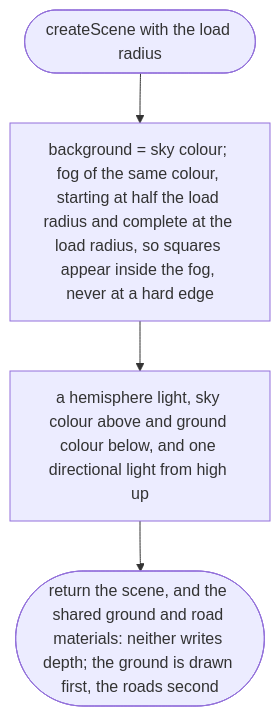
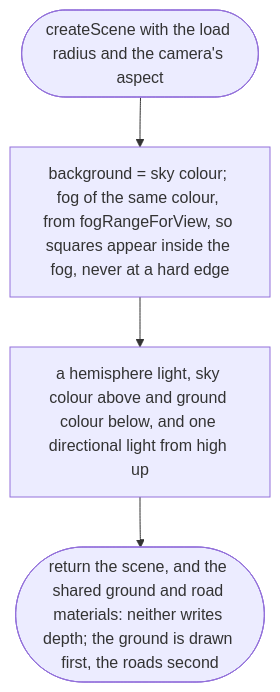
Before and after one commit to NewDara-Star/world-engine: the second of 8 diagrams in docs/designs/src/game/scene.md, drawn with Mermaid. The commit also changed other lines of this file and 41 other files, not shown here.

````diff
--- a/docs/designs/src/game/scene.md
+++ b/docs/designs/src/game/scene.md
@@ -38,8 +38,8 @@
 ```mermaid
 flowchart TD
-  s(["createScene with the load radius"])
-  a["background = sky colour; fog of the same colour, starting at half the load radius and complete at the load radius, so squares appear inside the fog, never at a hard edge"]
+  s(["createScene with the load radius and the camera's aspect"])
+  a["background = sky colour; fog of the same colour, from fogRangeForView, so squares appear inside the fog, never at a hard edge"]
   b["a hemisphere light, sky colour above and ground colour below, and one directional light from high up"]
   c(["return the scene, and the shared ground and road materials: neither writes depth; the ground is drawn first, the roads second"])
   s --> a --> b --> c
 ```
````
